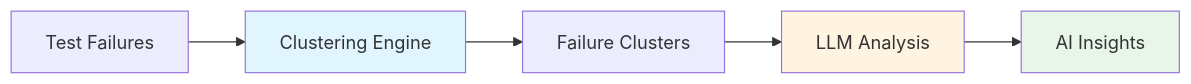
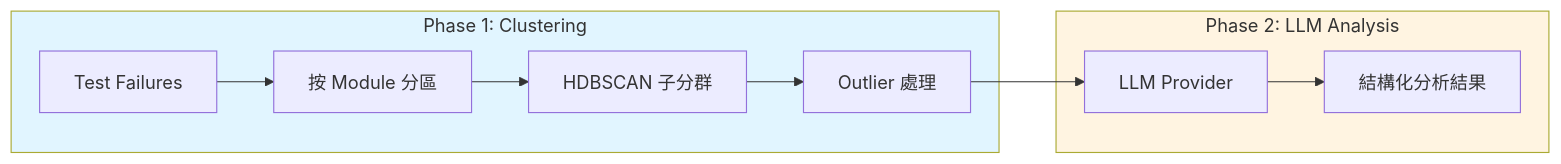
One commit to seen0722/GMS-helper changed the diagram in docs/AI_ANALYSIS.md. Above: the diagram before and after it, drawn with Mermaid. The commit also changed other lines of this file, not shown here.

Commit message:
docs: rewrite AI_ANALYSIS.md with current implementation details

````diff
--- a/docs/AI_ANALYSIS.md
+++ b/docs/AI_ANALYSIS.md
@@ -12,11 +9,16 @@
 ```mermaid
 flowchart LR
-    Failures[Test Failures] --> Clustering[Clustering Engine]
-    Clustering --> Clusters[Failure Clusters]
-    Clusters --> LLM[LLM Analysis]
-    LLM --> Insights[AI Insights]
+    subgraph Phase1["Phase 1: Clustering"]
+        F[Test Failures] --> P[按 Module 分區]
+        P --> H[HDBSCAN 子分群]
+        H --> O[Outlier 處理]
+    end
     
-    style Clustering fill:#e1f5ff
-    style LLM fill:#fff4e1
-    style Insights fill:#e8f5e9
+    subgraph Phase2["Phase 2: LLM Analysis"]
+        O --> L[LLM Provider]
+        L --> R[結構化分析結果]
+    end
+    
+    style Phase1 fill:#e1f5ff
+    style Phase2 fill:#fff4e1
 ```
````
